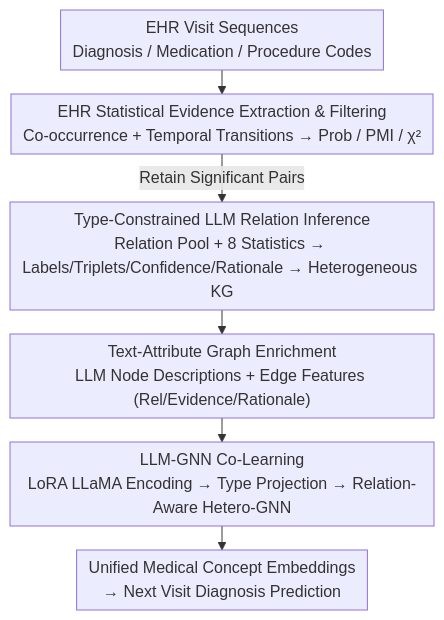
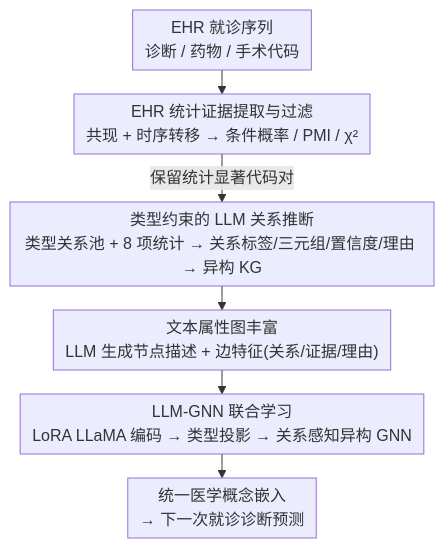
One commit to zhaoyang97/Paper-Notes-en changed the diagram in docs/ACL2026/medical_nlp/text-attributed_knowledge_graph_enrichment_with_large_language_models_for_medica.md. Above: the diagram before and after it, drawn with Mermaid. The commit also changed other lines of this file and 5084 other files, not shown here.

````diff
--- a/docs/ACL2026/medical_nlp/text-attributed_knowledge_graph_enrichment_with_large_language_models_for_medica.md
+++ b/docs/ACL2026/medical_nlp/text-attributed_knowledge_graph_enrichment_with_large_language_models_for_medica.md
@@ -44,9 +44,9 @@
 ```mermaid
 %%{init: {'flowchart': {'rankSpacing': 24, 'nodeSpacing': 28, 'padding': 6, 'wrappingWidth': 400}}}%%
 flowchart TD
-    A["EHR Visit Sequences<br/>Diagnosis / Medication / Procedure Codes"] --> B["EHR Statistical Evidence Extraction & Filtering<br/>Co-occurrence + Temporal Transitions → Prob / PMI / χ²"]
-    B -->|Retain Significant Pairs| C["Type-Constrained LLM Relation Inference<br/>Relation Pool + 8 Statistics → Labels/Triplets/Confidence/Rationale → Heterogeneous KG"]
-    C --> D["Text-Attribute Graph Enrichment<br/>LLM Node Descriptions + Edge Features (Rel/Evidence/Rationale)"]
-    D --> E["LLM-GNN Co-Learning<br/>LoRA LLaMA Encoding → Type Projection → Relation-Aware Hetero-GNN"]
-    E --> F["Unified Medical Concept Embeddings<br/>→ Next Visit Diagnosis Prediction"]
+    A["EHR 就诊序列<br/>诊断 / 药物 / 手术代码"] --> B["EHR 统计证据提取与过滤<br/>共现 + 时序转移 → 条件概率 / PMI / χ²"]
+    B -->|保留统计显著代码对| C["类型约束的 LLM 关系推断<br/>类型关系池 + 8 项统计 → 关系标签/三元组/置信度/理由 → 异构 KG"]
+    C --> D["文本属性图丰富<br/>LLM 生成节点描述 + 边特征(关系/证据/理由)"]
+    D --> E["LLM-GNN 联合学习<br/>LoRA LLaMA 编码 → 类型投影 → 关系感知异构 GNN"]
+    E --> F["统一医学概念嵌入<br/>→ 下一次就诊诊断预测"]
 ```
````
